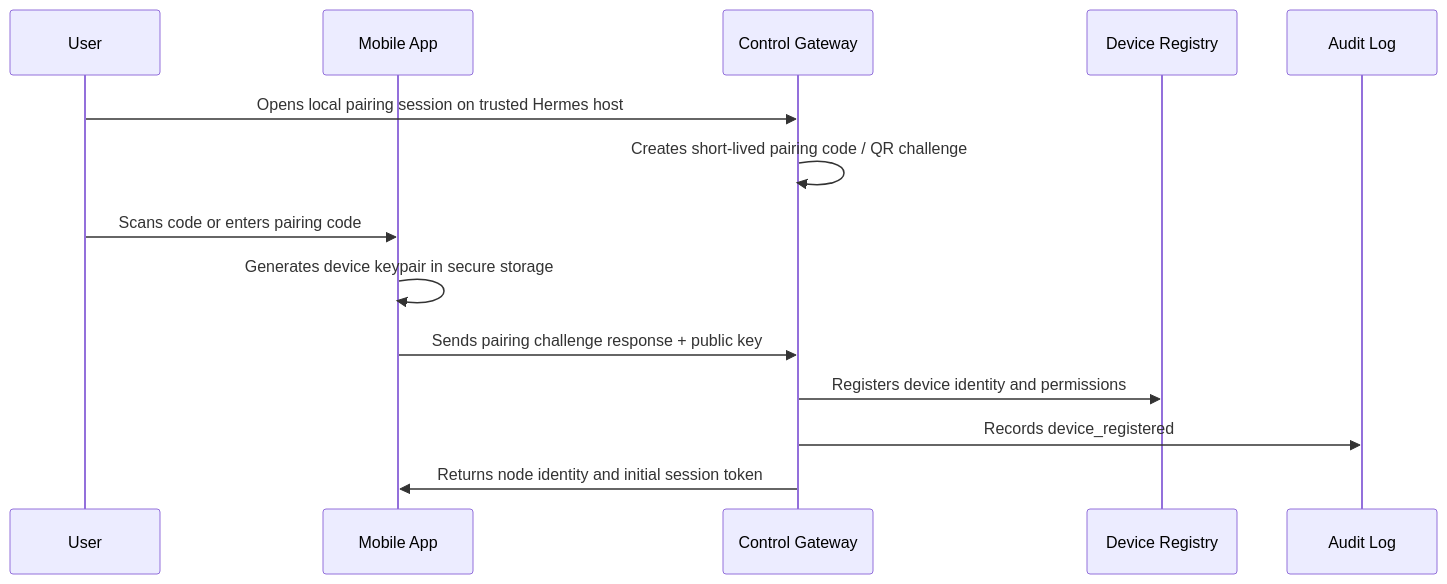
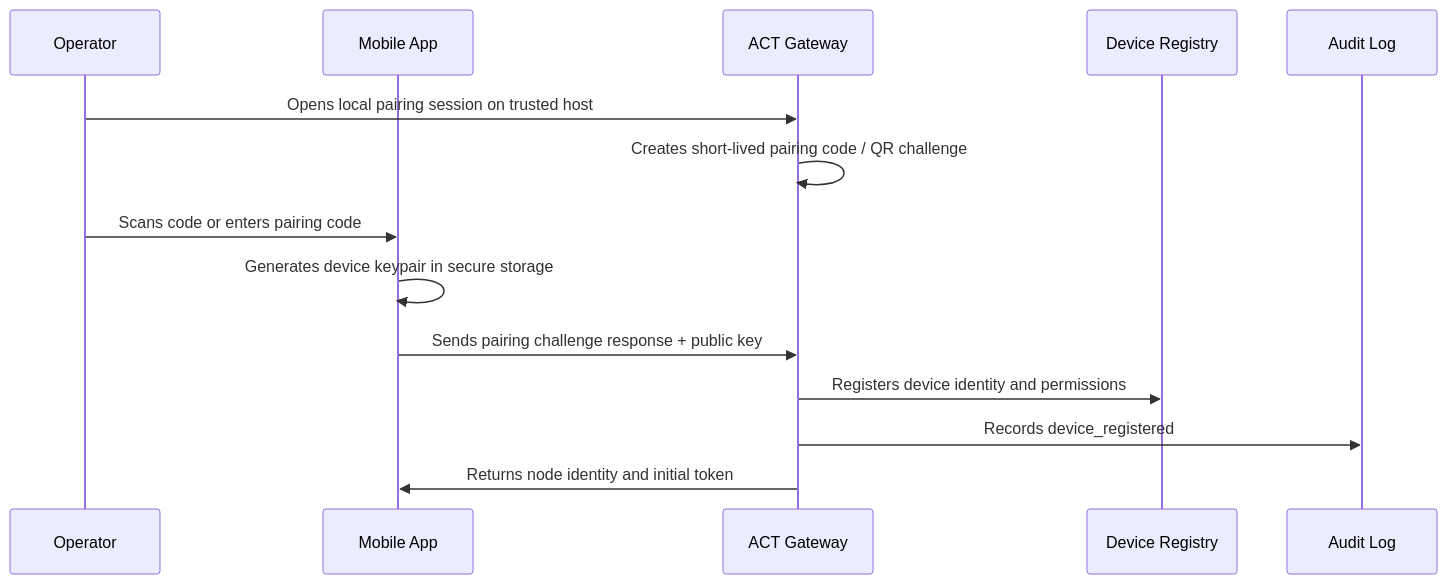
The third of 5 diagrams in docs/architecture/system-architecture.md (MahdiHedhli/HermesMobileCommand), drawn with Mermaid before and after one commit. The commit also changed other lines of this file and 40 other files, not shown here.

````diff
--- a/docs/architecture/system-architecture.md
+++ b/docs/architecture/system-architecture.md
@@ -162,17 +196,17 @@
 ```mermaid
 sequenceDiagram
-  participant U as User
+  participant U as Operator
   participant M as Mobile App
-  participant G as Control Gateway
+  participant G as ACT Gateway
   participant R as Device Registry
   participant A as Audit Log
 
-  U->>G: Opens local pairing session on trusted Hermes host
+  U->>G: Opens local pairing session on trusted host
   G->>G: Creates short-lived pairing code / QR challenge
   U->>M: Scans code or enters pairing code
   M->>M: Generates device keypair in secure storage
   M->>G: Sends pairing challenge response + public key
   G->>R: Registers device identity and permissions
   G->>A: Records device_registered
-  G->>M: Returns node identity and initial session token
+  G->>M: Returns node identity and initial token
 ```
````
